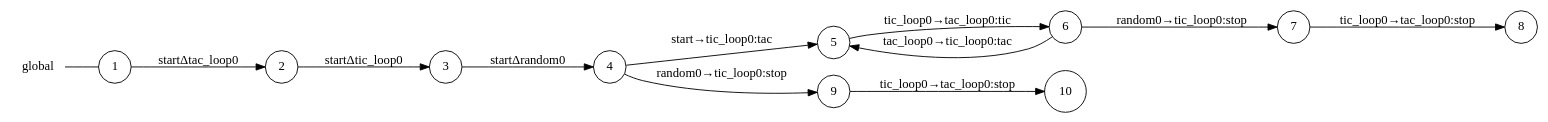
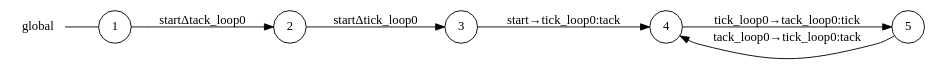
Before and after one commit to gabrielegenovese/chorer: the diagram in example/ticktack/start_global_view.dot, drawn with Graphviz. The commit also changed 25 other files, not shown here.

```diff
--- a/example/ticktack/start_global_view.dot
+++ b/example/ticktack/start_global_view.dot
@@ -1,26 +1,16 @@
 digraph global {
 	rankdir="LR";
 	n_0 [label="global", shape="plaintext"];
 	n_1 [id="5", shape=circle, label="5"];
-	n_2 [id="6", shape=circle, label="6"];
-	n_3 [id="10", shape=circle, label="10"];
-	n_4 [id="1", shape=circle, label="1"];
-	n_0 -> n_4 [arrowhead=none];
-	n_5 [id="9", shape=circle, label="9"];
-	n_6 [id="2", shape=circle, label="2"];
-	n_7 [id="8", shape=circle, label="8"];
-	n_8 [id="4", shape=circle, label="4"];
-	n_9 [id="7", shape=circle, label="7"];
-	n_10 [id="3", shape=circle, label="3"];
+	n_2 [id="1", shape=circle, label="1"];
+	n_0 -> n_2 [arrowhead=none];
+	n_3 [id="2", shape=circle, label="2"];
+	n_4 [id="4", shape=circle, label="4"];
+	n_5 [id="3", shape=circle, label="3"];
 
-	n_6 -> n_10 [id="[$e|1]", label="startΔtic_loop0"];
-	n_8 -> n_1 [id="[$e|3]", label="start→tic_loop0:tac"];
-	n_2 -> n_9 [id="[$e|6]", label="random0→tic_loop0:stop"];
-	n_9 -> n_7 [id="[$e|7]", label="tic_loop0→tac_loop0:stop"];
-	n_2 -> n_1 [id="[$e|5]", label="tac_loop0→tic_loop0:tac"];
-	n_4 -> n_6 [id="[$e|0]", label="startΔtac_loop0"];
-	n_8 -> n_5 [id="[$e|8]", label="random0→tic_loop0:stop"];
-	n_1 -> n_2 [id="[$e|4]", label="tic_loop0→tac_loop0:tic"];
-	n_10 -> n_8 [id="[$e|2]", label="startΔrandom0"];
-	n_5 -> n_3 [id="[$e|9]", label="tic_loop0→tac_loop0:stop"];
+	n_3 -> n_5 [id="[$e|1]", label="startΔtick_loop0"];
+	n_4 -> n_1 [id="[$e|3]", label="tick_loop0→tack_loop0:tick"];
+	n_2 -> n_3 [id="[$e|0]", label="startΔtack_loop0"];
+	n_1 -> n_4 [id="[$e|4]", label="tack_loop0→tick_loop0:tack"];
+	n_5 -> n_4 [id="[$e|2]", label="start→tick_loop0:tack"];
 }
```
